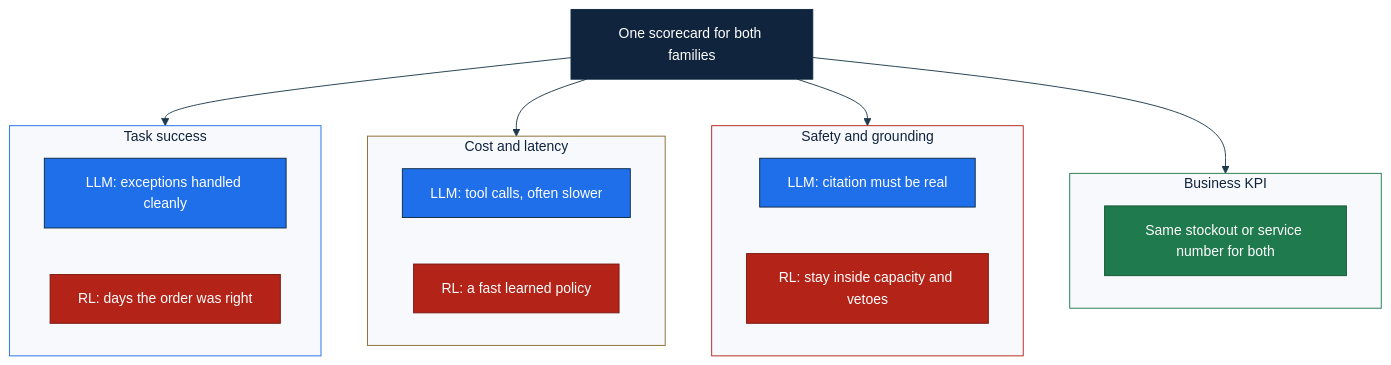
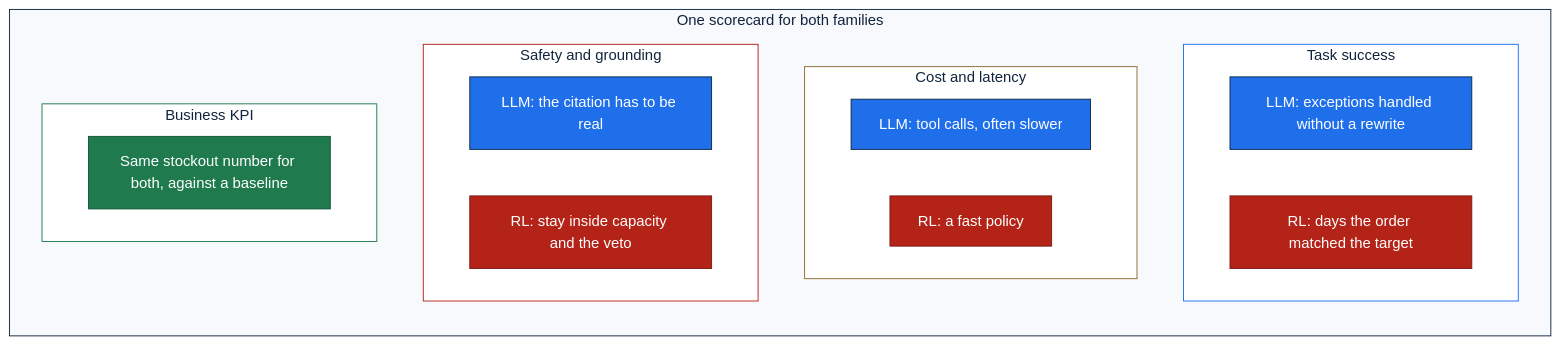
The diagram in assets/mermaid/scorecard.mmd (salihtutun/Agentic-AI_Autonomous_Decision_Making), drawn with Mermaid before and after one commit. The commit also changed 24 other files, not shown here.

Commit message:
feat: redraw the session diagrams so the arrows match the lesson

```diff
--- a/assets/mermaid/scorecard.mmd
+++ b/assets/mermaid/scorecard.mmd
@@ -1,38 +1,34 @@
-%%{init: {'theme':'base','themeVariables':{'fontFamily':'Segoe UI, Arial, sans-serif','fontSize':'15px','lineColor':'#1B3A4B'}}}%%
 flowchart TB
-    TITLE["One scorecard for both families"]
-    TITLE --> TASK
-    TITLE --> COST
-    TITLE --> SAFE
-    TITLE --> KPI
-    subgraph TASK["Task success"]
-        direction LR
-        T1["LLM: exceptions handled cleanly"]
-        T2["RL: days the order was right"]
+    subgraph CARD["One scorecard for both families"]
+        direction TB
+        subgraph TASK["Task success"]
+            direction LR
+            T1["LLM: exceptions handled without a rewrite"]
+            T2["RL: days the order matched the target"]
+        end
+        subgraph COST["Cost and latency"]
+            direction LR
+            C1["LLM: tool calls, often slower"]
+            C2["RL: a fast policy"]
+        end
+        subgraph SAFE["Safety and grounding"]
+            direction LR
+            S1["LLM: the citation has to be real"]
+            S2["RL: stay inside capacity and the veto"]
+        end
+        subgraph KPI["Business KPI"]
+            direction LR
+            K1["Same stockout number for both, against a baseline"]
+        end
     end
-    subgraph COST["Cost and latency"]
-        direction LR
-        C1["LLM: tool calls, often slower"]
-        C2["RL: a fast learned policy"]
-    end
-    subgraph SAFE["Safety and grounding"]
-        direction LR
-        S1["LLM: citation must be real"]
-        S2["RL: stay inside capacity and vetoes"]
-    end
-    subgraph KPI["Business KPI"]
-        direction LR
-        K1["Same stockout or service number for both"]
-    end
-    classDef title fill:#10243E,stroke:#0E2A43,color:#ffffff
     classDef llm fill:#1F6FEB,stroke:#0E2A43,color:#ffffff
     classDef rl fill:#B42318,stroke:#7A1A12,color:#ffffff
     classDef both fill:#1F7A4D,stroke:#145536,color:#ffffff
-    class TITLE title
     class T1,C1,S1 llm
     class T2,C2,S2 rl
     class K1 both
-    style TASK fill:#F7F9FC,stroke:#1F6FEB,color:#10243E
-    style COST fill:#F7F9FC,stroke:#8A6A2F,color:#10243E
-    style SAFE fill:#F7F9FC,stroke:#B42318,color:#10243E
-    style KPI fill:#F7F9FC,stroke:#1F7A4D,color:#10243E
+    style CARD fill:#F7F9FC,stroke:#10243E,color:#10243E
+    style TASK fill:#FFFFFF,stroke:#1F6FEB,color:#10243E
+    style COST fill:#FFFFFF,stroke:#8A6A2F,color:#10243E
+    style SAFE fill:#FFFFFF,stroke:#B42318,color:#10243E
+    style KPI fill:#FFFFFF,stroke:#1F7A4D,color:#10243E
```
